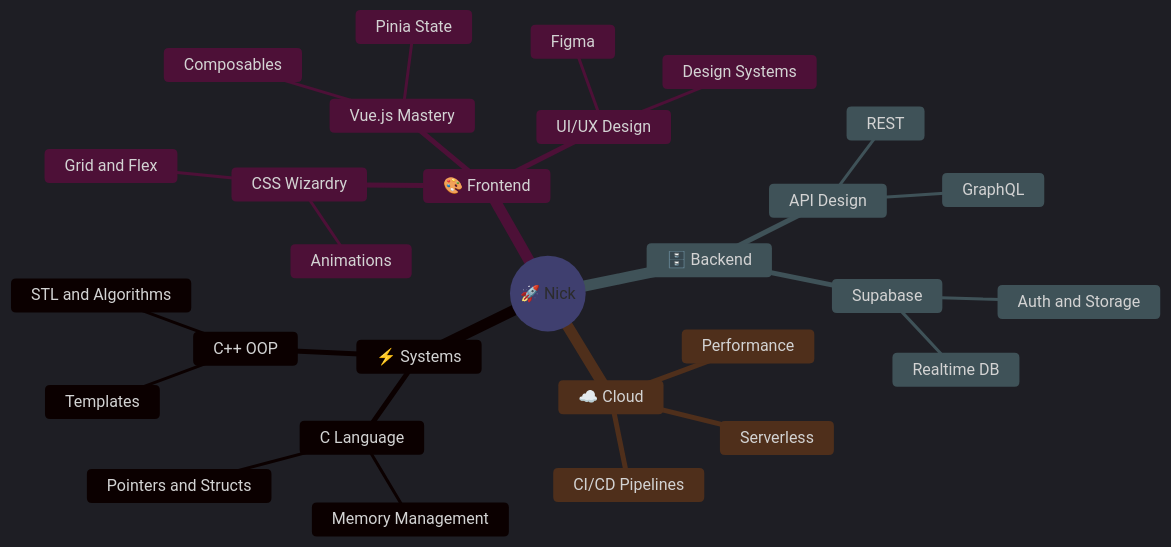
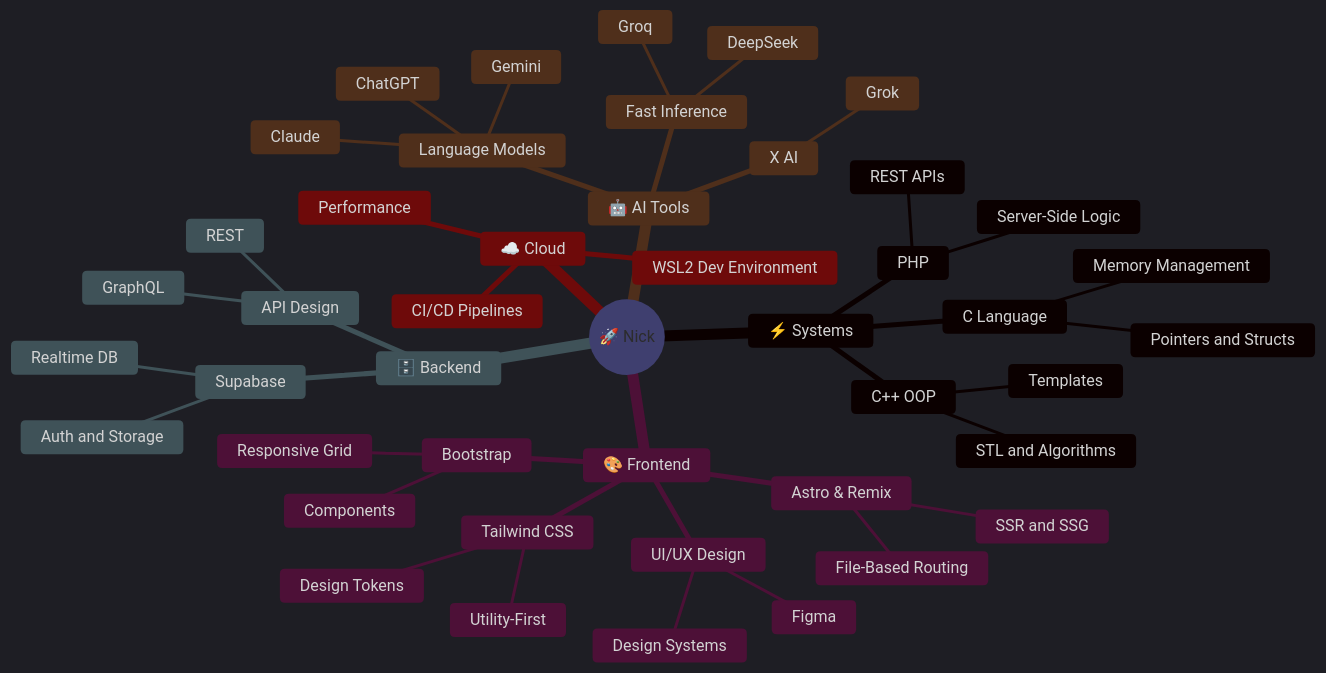
The diagram in README.md (NgoHuuLoc0612/NgoHuuLoc0612), drawn with Mermaid before and after one commit. The commit also changed other lines of this file, not shown here.

Commit message:
Update README with new skills and tools

````diff
--- a/README.md
+++ b/README.md
@@ -185,33 +202,49 @@
 ```mermaid
 %%{init: {"theme": "dark", "themeVariables": {"primaryColor": "#0a3d62", "primaryTextColor": "#00d4ff", "primaryBorderColor": "#00d4ff", "lineColor": "#00d4ff", "secondaryColor": "#1a1a2e", "tertiaryColor": "#16213e"}}}%%
 mindmap
   root((🚀 Nick))
     ⚡ Systems
       C Language
         Memory Management
         Pointers and Structs
       C++ OOP
         Templates
         STL and Algorithms
+      PHP
+        REST APIs
+        Server-Side Logic
     🎨 Frontend
-      Vue.js Mastery
-        Composables
-        Pinia State
-      CSS Wizardry
-        Animations
-        Grid and Flex
+      Astro & Remix
+        SSR and SSG
+        File-Based Routing
+      Tailwind CSS
+        Utility-First
+        Design Tokens
+      Bootstrap
+        Components
+        Responsive Grid
       UI/UX Design
         Figma
         Design Systems
     🗄️ Backend
       API Design
         REST
         GraphQL
       Supabase
         Realtime DB
         Auth and Storage
+    🤖 AI Tools
+      Language Models
+        Claude
+        ChatGPT
+        Gemini
+      Fast Inference
+        Groq
+        DeepSeek
+      X AI
+        Grok
     ☁️ Cloud
       CI/CD Pipelines
       Performance
-      Serverless
+      WSL2 Dev Environment
 ```
````
